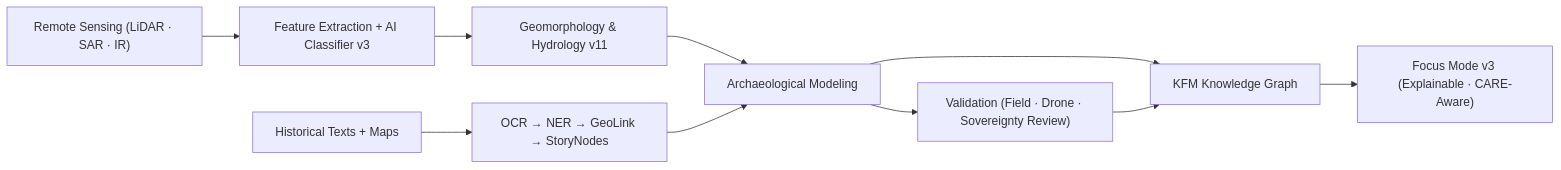
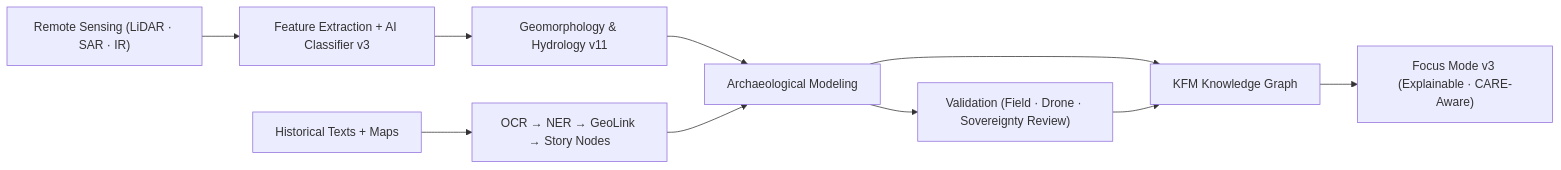
One commit to bartytime4life/Kansas-Frontier-Matrix changed the diagram in docs/analyses/archaeology/README.md. Above: the diagram before and after it, drawn with Mermaid. The commit also changed other lines of this file, not shown here.

```diff
--- a/docs/analyses/archaeology/README.md
+++ b/docs/analyses/archaeology/README.md
@@ -264,16 +286,16 @@
 ~~~mermaid
 flowchart LR
     A["Remote Sensing (LiDAR · SAR · IR)"]
       --> C["Feature Extraction + AI Classifier v3"]
       --> D["Geomorphology & Hydrology v11"]
       --> E["Archaeological Modeling"]
       --> G["KFM Knowledge Graph"]
 
     B["Historical Texts + Maps"]
-      --> F["OCR → NER → GeoLink → StoryNodes"]
+      --> F["OCR → NER → GeoLink → Story Nodes"]
       --> E
 
     E --> H["Validation (Field · Drone · Sovereignty Review)"]
     H --> G
     G --> I["Focus Mode v3 (Explainable · CARE-Aware)"]
 ~~~
```
